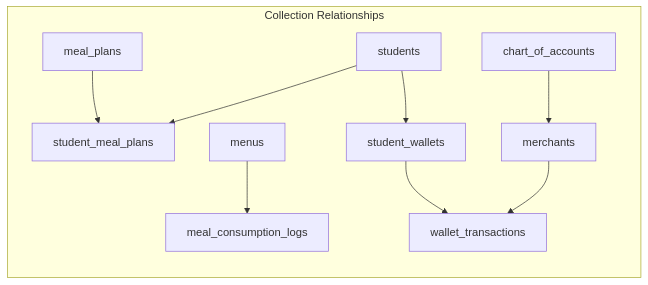
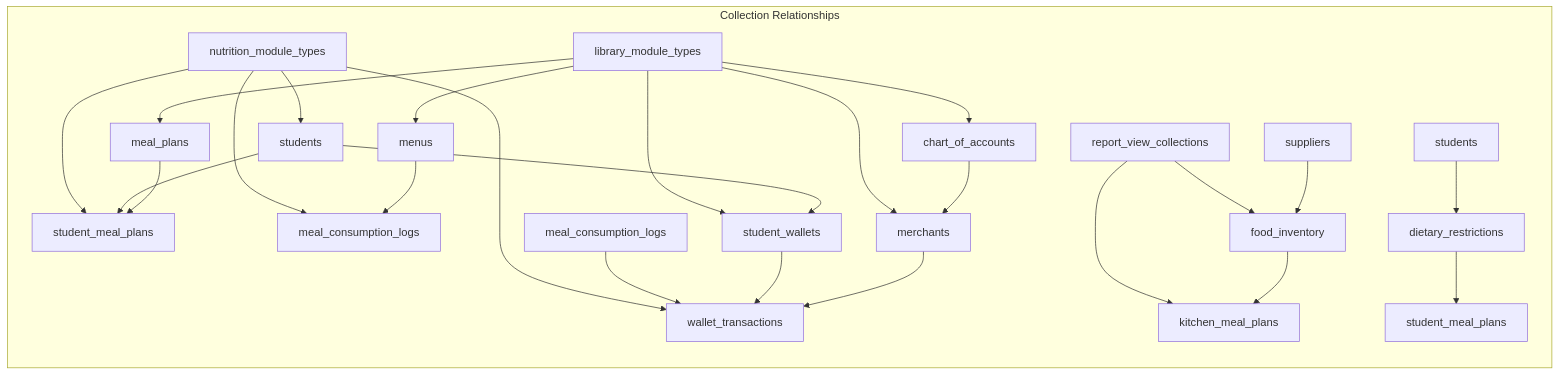
One commit to geniusdynamics/schoolpilot changed the fourth of 13 diagrams in .qoder/repowiki/en/content/Modules System/Nutrition Module.md. Above: the diagram before and after it, drawn with Mermaid. The commit also changed other lines of this file and 54 other files, not shown here.

````diff
--- a/.qoder/repowiki/en/content/Modules System/Nutrition Module.md
+++ b/.qoder/repowiki/en/content/Modules System/Nutrition Module.md
@@ -277,12 +411,28 @@
 ```mermaid
 graph LR
 subgraph "Collection Relationships"
 A[meal_plans] --> B[student_meal_plans]
 C[menus] --> D[meal_consumption_logs]
 E[merchants] --> F[wallet_transactions]
 G[student_wallets] --> F
 H[students] --> B
 H --> G
 I[chart_of_accounts] --> E
+J[food_inventory] --> K[kitchen_meal_plans]
+L[dietary_restrictions] --> M[student_meal_plans]
+N[suppliers] --> J
+O[students] --> L
+P[meal_consumption_logs] --> F
+Q[library_module_types] --> A
+Q --> C
+Q --> E
+Q --> G
+Q --> I
+R[nutrition_module_types] --> B
+R --> D
+R --> F
+R --> H
+S[report_view_collections] --> J
+S --> K
 end
 ```
````
